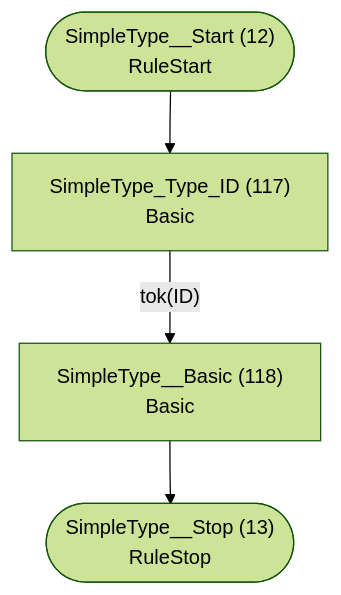
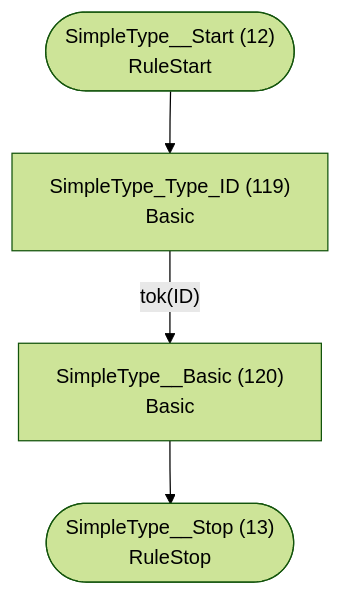
The seventh of 29 diagrams in internal/grammar/atn.md (TypeFox/fastbelt), drawn with Mermaid (forest theme) before and after one commit. The commit also changed other lines of this file and 13 other files, not shown here.

````diff
--- a/internal/grammar/atn.md
+++ b/internal/grammar/atn.md
@@ -200,11 +200,11 @@
 ```mermaid
 flowchart TD
     q12(["SimpleType__Start (12)<br/>RuleStart"])
     q13(["SimpleType__Stop (13)<br/>RuleStop"])
-    q117["SimpleType_Type_ID (117)<br/>Basic<br/>"]
-    q118["SimpleType__Basic (118)<br/>Basic<br/>"]
+    q119["SimpleType_Type_ID (119)<br/>Basic<br/>"]
+    q120["SimpleType__Basic (120)<br/>Basic<br/>"]
 
-    q12 --> q117
-    q117 -->|"tok(ID)"| q118
-    q118 --> q13
+    q12 --> q119
+    q119 -->|"tok(ID)"| q120
+    q120 --> q13
 ```
````
